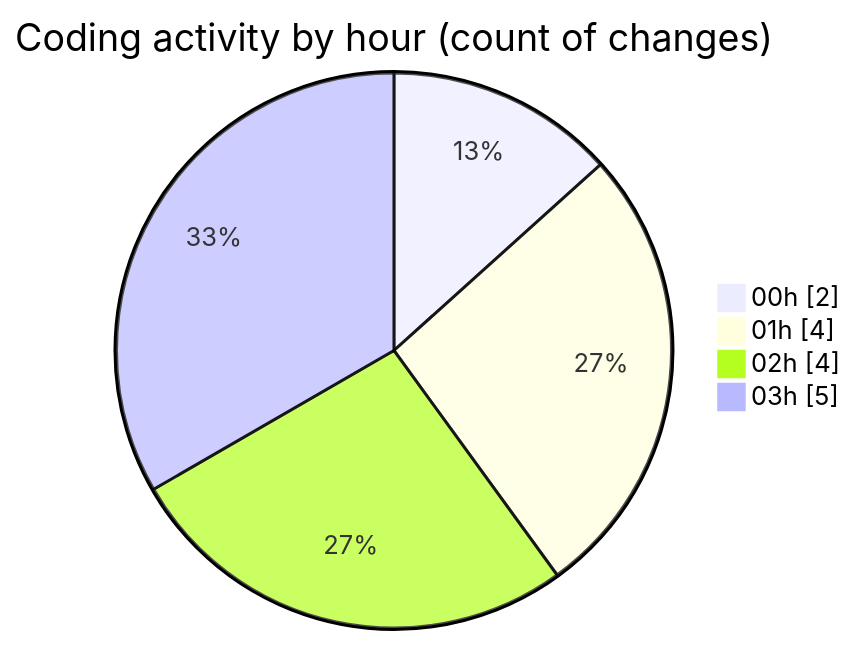
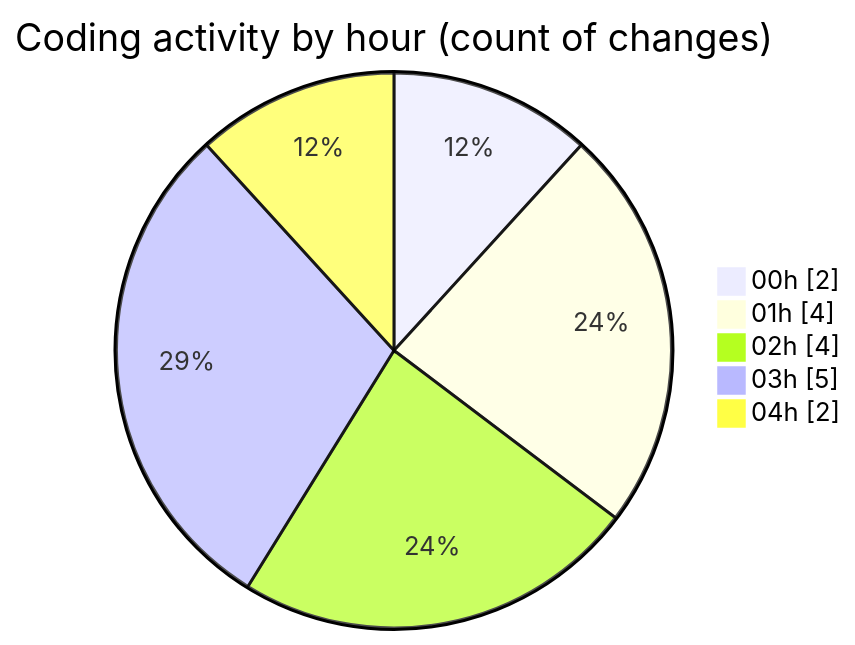
Before and after one commit to lephambinh05/code-tracking: the second of 2 diagrams in 2025-08-08/studybuddy/README.md, drawn with Mermaid. The commit also changed other lines of this file and 1 other file, not shown here.

````diff
--- a/2025-08-08/studybuddy/README.md
+++ b/2025-08-08/studybuddy/README.md
@@ -35,8 +35,9 @@
 ```mermaid
 pie showData
 title Coding activity by hour (count of changes)
 "00h" : 2
 "01h" : 4
 "02h" : 4
 "03h" : 5
+"04h" : 2
 ```
````
